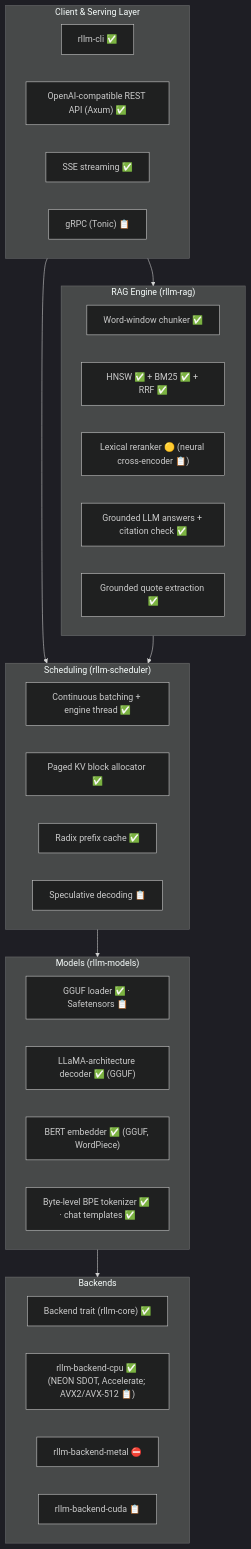
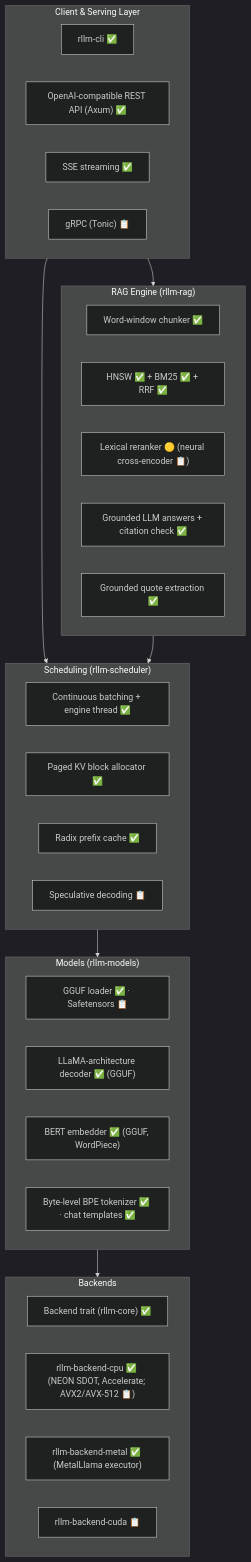
One commit to tovganesh/rllm changed the diagram in docs/ARCHITECTURE.md. Above: the diagram before and after it, drawn with Mermaid (dark theme). The commit also changed other lines of this file and 30 other files, not shown here.

````diff
--- a/docs/ARCHITECTURE.md
+++ b/docs/ARCHITECTURE.md
@@ -11,44 +11,44 @@
 ```mermaid
 flowchart TD
     subgraph ClientLayer ["Client & Serving Layer"]
         CLI["rllm-cli ✅"]
         HTTP["OpenAI-compatible REST API (Axum) ✅"]
         SSE["SSE streaming ✅"]
         GRPC["gRPC (Tonic) 📋"]
     end
 
     subgraph RagEngine ["RAG Engine (rllm-rag)"]
         Chunker["Word-window chunker ✅"]
         HybridIndex["HNSW ✅ + BM25 ✅ + RRF ✅"]
         Reranker["Lexical reranker 🟡 (neural cross-encoder 📋)"]
         Answer["Grounded LLM answers + citation check ✅"]
         Grounding["Grounded quote extraction ✅"]
     end
 
     subgraph SchedulerLayer ["Scheduling (rllm-scheduler)"]
         Batcher["Continuous batching + engine thread ✅"]
         Paged["Paged KV block allocator ✅"]
         Radix["Radix prefix cache ✅"]
         SpecDec["Speculative decoding 📋"]
     end
 
     subgraph ModelLayer ["Models (rllm-models)"]
         Weights["GGUF loader ✅ · Safetensors 📋"]
         Llama["LLaMA-architecture decoder ✅ (GGUF)"]
         Embed["BERT embedder ✅ (GGUF, WordPiece)"]
         Tok["Byte-level BPE tokenizer ✅ · chat templates ✅"]
     end
 
     subgraph ComputeLayer ["Backends"]
         Trait["Backend trait (rllm-core) ✅"]
         CPU["rllm-backend-cpu ✅ (NEON SDOT, Accelerate; AVX2/AVX-512 📋)"]
-        Metal["rllm-backend-metal ⛔"]
+        Metal["rllm-backend-metal ✅ (MetalLlama executor)"]
         CUDA["rllm-backend-cuda 📋"]
     end
 
     ClientLayer --> RagEngine
     ClientLayer --> SchedulerLayer
     RagEngine --> SchedulerLayer
     SchedulerLayer --> ModelLayer
     ModelLayer --> ComputeLayer
 ```
````
